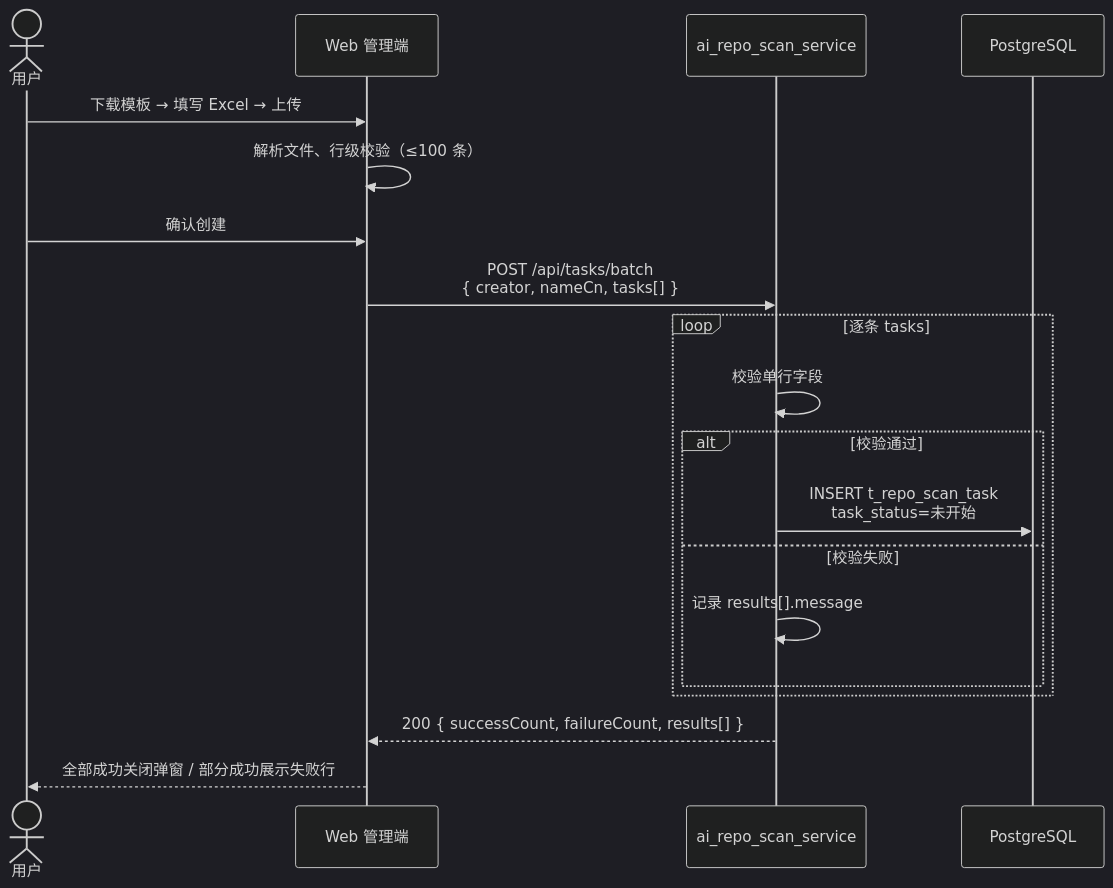
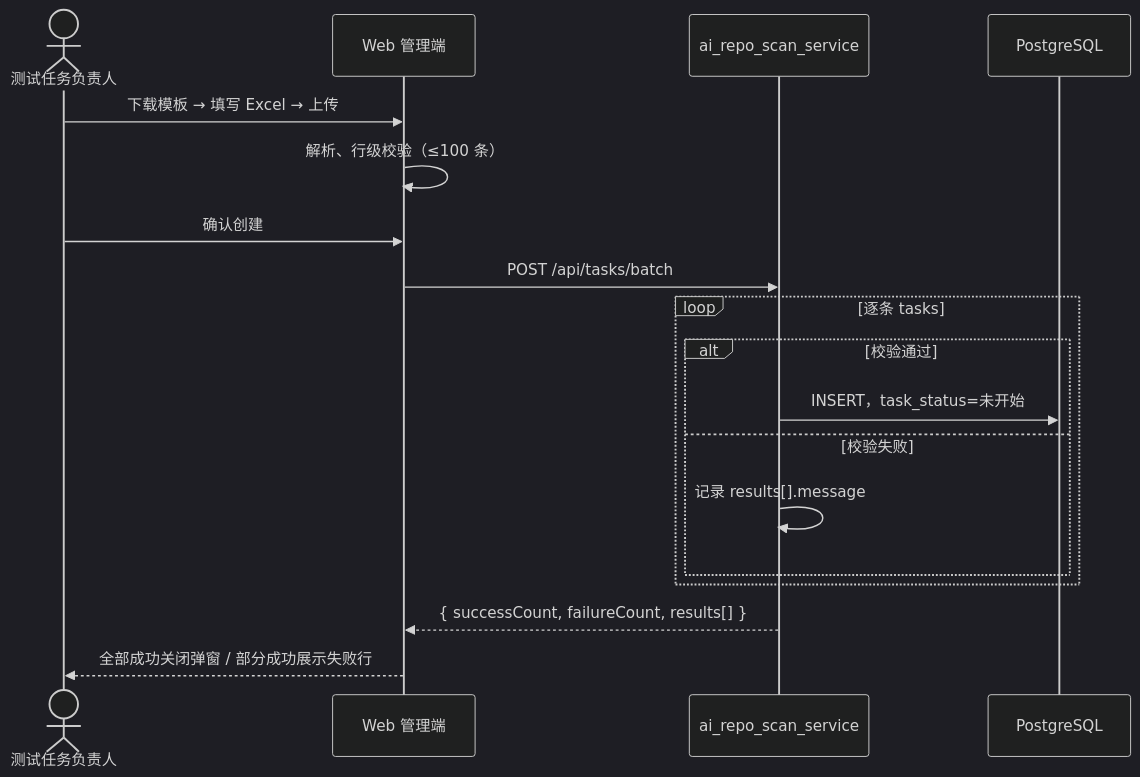
The fifth of 10 diagrams in 设计文档.md (BeaconLin/aiRepoScan-hw), drawn with Mermaid (dark theme) before and after one commit. The commit also changed other lines of this file, not shown here.

````diff
--- a/设计文档.md
+++ b/设计文档.md
@@ -214,22 +296,21 @@
 ```mermaid
 sequenceDiagram
-    actor User as 用户
+    actor User as 测试任务负责人
     participant Web as Web 管理端
     participant API as ai_repo_scan_service
     participant PG as PostgreSQL
 
     User->>Web: 下载模板 → 填写 Excel → 上传
-    Web->>Web: 解析文件、行级校验（≤100 条）
+    Web->>Web: 解析、行级校验（≤100 条）
     User->>Web: 确认创建
-    Web->>API: POST /api/tasks/batch<br/>{ creator, nameCn, tasks[] }
+    Web->>API: POST /api/tasks/batch
     loop 逐条 tasks
-        API->>API: 校验单行字段
         alt 校验通过
-            API->>PG: INSERT t_repo_scan_task<br/>task_status=未开始
+            API->>PG: INSERT，task_status=未开始
         else 校验失败
             API->>API: 记录 results[].message
         end
     end
-    API-->>Web: 200 { successCount, failureCount, results[] }
+    API-->>Web: { successCount, failureCount, results[] }
     Web-->>User: 全部成功关闭弹窗 / 部分成功展示失败行
 ```
````
